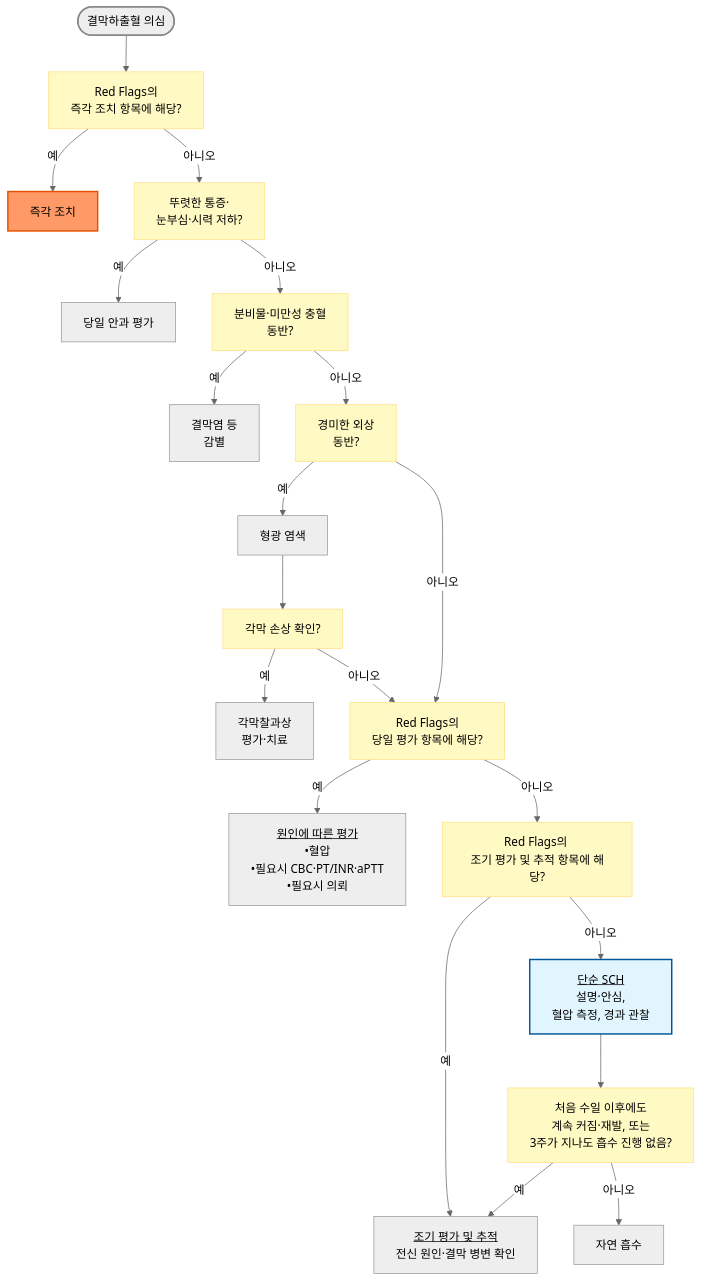
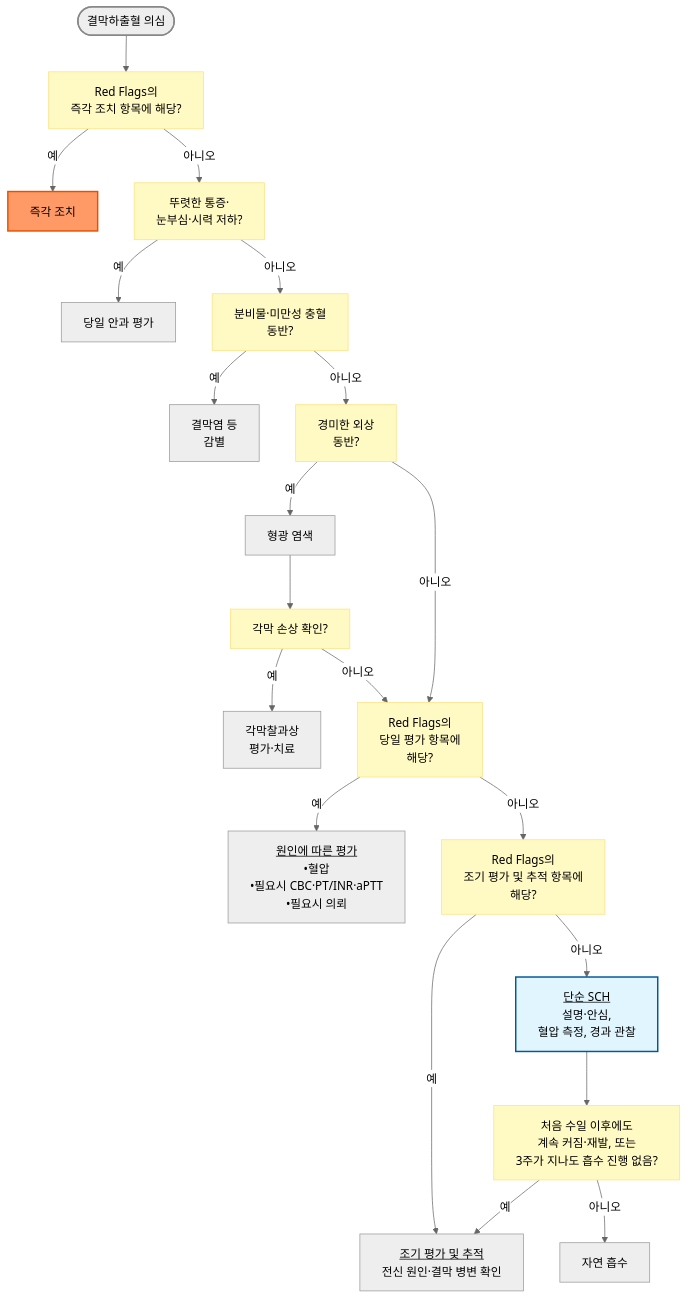
One commit to familyoh77/familyoh77 changed the diagram in 222_/044_-subconj-hemorrhage.md. Above: the diagram before and after it, drawn with Mermaid (neutral theme). The commit also changed other lines of this file, not shown here.

````diff
--- a/222_/044_-subconj-hemorrhage.md
+++ b/222_/044_-subconj-hemorrhage.md
@@ -88,27 +88,27 @@
 ```mermaid
 graph TD
     Start(["결막하출혈 의심"]) --> Q1["Red Flags의 <br/>즉각 조치 항목에 해당?"]
     Q1 -- 예 --> R1["즉각 조치"]
     Q1 -- 아니오 --> Q2["뚜렷한 통증·<br/>눈부심·시력 저하?"]
     Q2 -- 예 --> R4["당일 안과 평가"]
     Q2 -- 아니오 --> Q2b["분비물·미만성 충혈 <br/>동반?"]
     Q2b -- 예 --> D1["결막염 등 <br/>감별"]
     Q2b -- 아니오 --> Q3["경미한 외상 <br/>동반?"]
     Q3 -- 예 --> F1["형광 염색"]
     F1 --> QF["각막 손상 확인?"]
     QF -- 예 --> C1["각막찰과상 <br/>평가·치료"]
-    QF -- 아니오 --> Q4["Red Flags의 <br/>당일 평가 항목에 해당?"]
+    QF -- 아니오 --> Q4["Red Flags의 <br/>당일 평가 항목에 <br/>해당?"]
     Q3 -- 아니오 --> Q4
     Q4 -- 예 --> R2["<u>원인에 따른 평가</u><br/>•혈압<br/>•필요시 CBC·PT/INR·aPTT <br/>•필요시 의뢰"]
-    Q4 -- 아니오 --> Q4b["Red Flags의 <br/>조기 평가 및 추적 항목에 해당?"]
+    Q4 -- 아니오 --> Q4b["Red Flags의 <br/>조기 평가 및 추적 항목에 <br/>해당?"]
     Q4b -- 예 --> R3["<u>조기 평가 및 추적</u><br/>전신 원인·결막 병변 확인"]
     Q4b -- 아니오 --> M1["<u>단순 SCH</u><br/>설명·안심, <br/>혈압 측정, 경과 관찰"]
     M1 --> Q5["처음 수일 이후에도 <br/>계속 커짐·재발, 또는 <br/>3주가 지나도 흡수 진행 없음?"]
     Q5 -- 예 --> R3
     Q5 -- 아니오 --> E1["자연 흡수"]
     style Start fill:#eeeeee,stroke:#888888,stroke-width:2px
     classDef yellow fill:#fff9c4,stroke:#ffe082
     class Q1,Q2,Q2b,Q3,QF,Q4,Q4b,Q5 yellow
     style R1 fill:#f96,stroke:#e65100,stroke-width:2px
     style M1 fill:#e1f5fe,stroke:#01579b,stroke-width:2px
 ```
````
